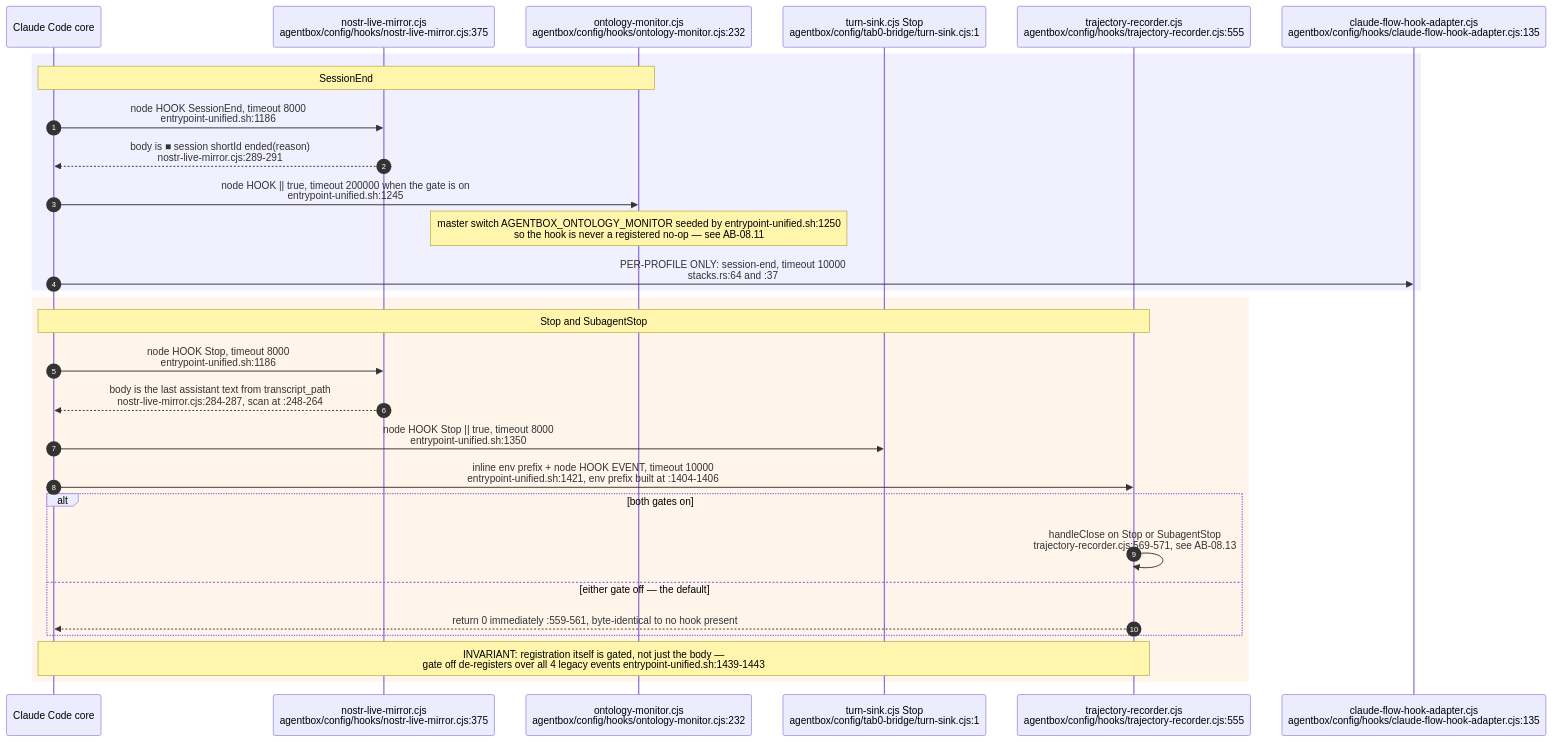
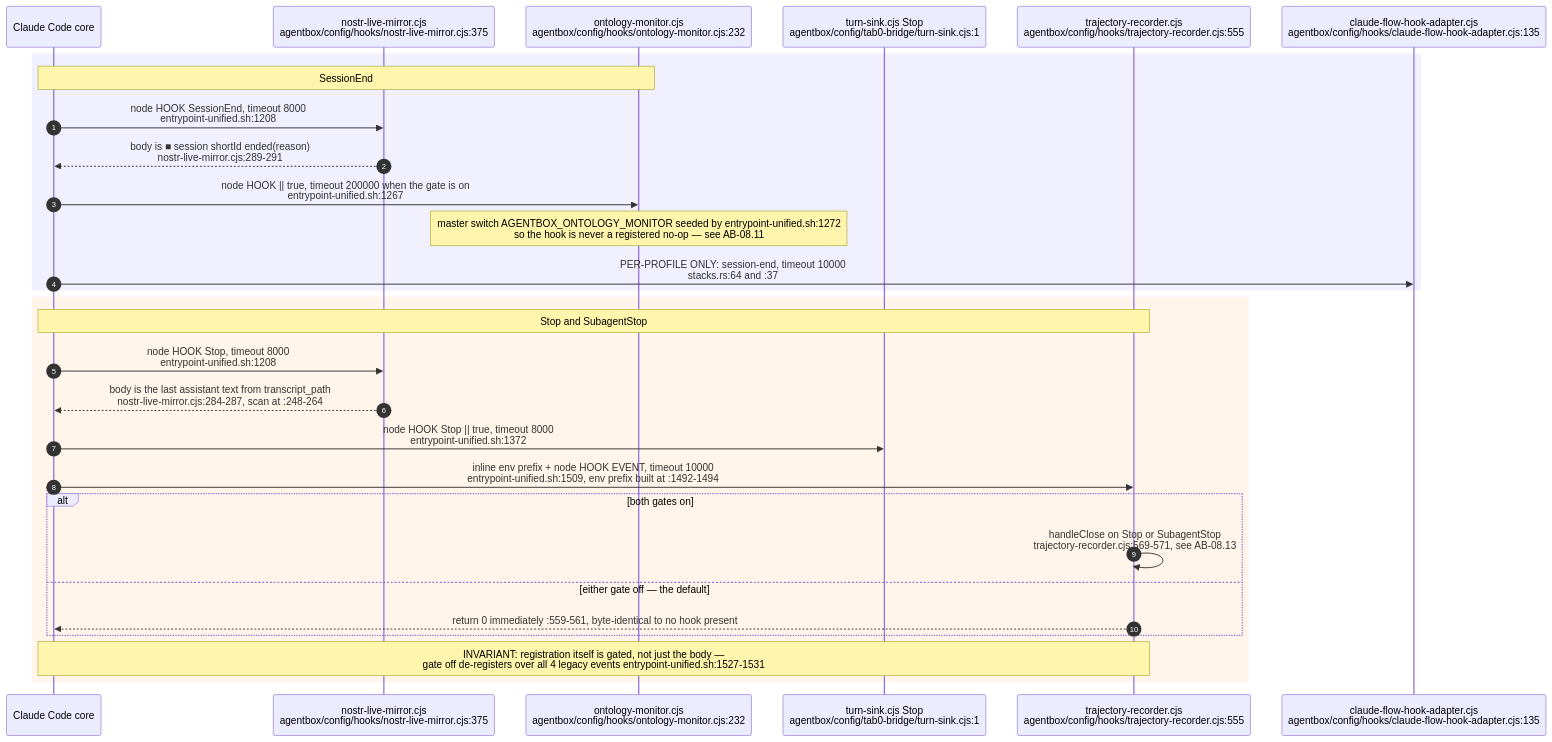
One commit to DreamLab-AI/VisionFlow changed the seventh of 15 diagrams in docs/diagrams/agentbox/08-hooks-pipeline.md. Above: the diagram before and after it, drawn with Mermaid. The commit also changed other lines of this file and 28 other files, not shown here.

````diff
--- a/docs/diagrams/agentbox/08-hooks-pipeline.md
+++ b/docs/diagrams/agentbox/08-hooks-pipeline.md
@@ -236,32 +245,32 @@
 ```mermaid
 sequenceDiagram
     autonumber
     participant CC as Claude Code core
     participant NM as nostr-live-mirror.cjs<br/>agentbox/config/hooks/nostr-live-mirror.cjs:375
     participant OM as ontology-monitor.cjs<br/>agentbox/config/hooks/ontology-monitor.cjs:232
     participant TS as turn-sink.cjs Stop<br/>agentbox/config/tab0-bridge/turn-sink.cjs:1
     participant TR as trajectory-recorder.cjs<br/>agentbox/config/hooks/trajectory-recorder.cjs:555
     participant AD as claude-flow-hook-adapter.cjs<br/>agentbox/config/hooks/claude-flow-hook-adapter.cjs:135
 
     rect rgb(240,240,255)
     Note over CC,OM: SessionEnd
-    CC->>NM: node HOOK SessionEnd, timeout 8000<br/>entrypoint-unified.sh:1186
+    CC->>NM: node HOOK SessionEnd, timeout 8000<br/>entrypoint-unified.sh:1208
     NM-->>CC: body is #9632; session shortId ended#40;reason#41;<br/>nostr-live-mirror.cjs:289-291
-    CC->>OM: node HOOK #124;#124; true, timeout 200000 when the gate is on<br/>entrypoint-unified.sh:1245
-    Note over OM: master switch AGENTBOX_ONTOLOGY_MONITOR seeded by entrypoint-unified.sh:1250<br/>so the hook is never a registered no-op — see AB-08.11
+    CC->>OM: node HOOK #124;#124; true, timeout 200000 when the gate is on<br/>entrypoint-unified.sh:1267
+    Note over OM: master switch AGENTBOX_ONTOLOGY_MONITOR seeded by entrypoint-unified.sh:1272<br/>so the hook is never a registered no-op — see AB-08.11
     CC->>AD: PER-PROFILE ONLY: session-end, timeout 10000<br/>stacks.rs:64 and :37
     end
     rect rgb(255,245,235)
     Note over CC,TR: Stop and SubagentStop
-    CC->>NM: node HOOK Stop, timeout 8000<br/>entrypoint-unified.sh:1186
+    CC->>NM: node HOOK Stop, timeout 8000<br/>entrypoint-unified.sh:1208
     NM-->>CC: body is the last assistant text from transcript_path<br/>nostr-live-mirror.cjs:284-287, scan at :248-264
-    CC->>TS: node HOOK Stop #124;#124; true, timeout 8000<br/>entrypoint-unified.sh:1350
-    CC->>TR: inline env prefix + node HOOK EVENT, timeout 10000<br/>entrypoint-unified.sh:1421, env prefix built at :1404-1406
+    CC->>TS: node HOOK Stop #124;#124; true, timeout 8000<br/>entrypoint-unified.sh:1372
+    CC->>TR: inline env prefix + node HOOK EVENT, timeout 10000<br/>entrypoint-unified.sh:1509, env prefix built at :1492-1494
     alt both gates on
         TR->>TR: handleClose on Stop or SubagentStop<br/>trajectory-recorder.cjs:569-571, see AB-08.13
     else either gate off — the default
         TR-->>CC: return 0 immediately :559-561, byte-identical to no hook present
     end
-    Note over CC,TR: INVARIANT: registration itself is gated, not just the body —<br/>gate off de-registers over all 4 legacy events entrypoint-unified.sh:1439-1443
+    Note over CC,TR: INVARIANT: registration itself is gated, not just the body —<br/>gate off de-registers over all 4 legacy events entrypoint-unified.sh:1527-1531
     end
 ```
````
